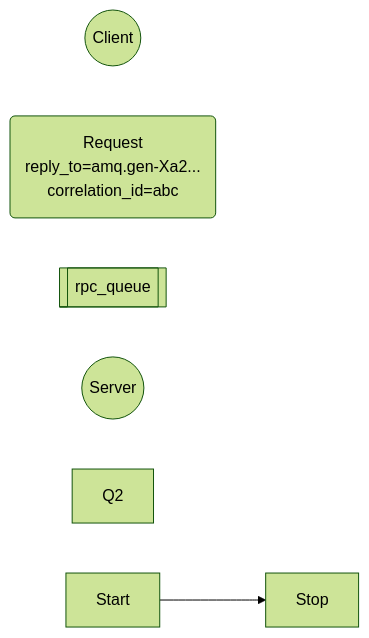
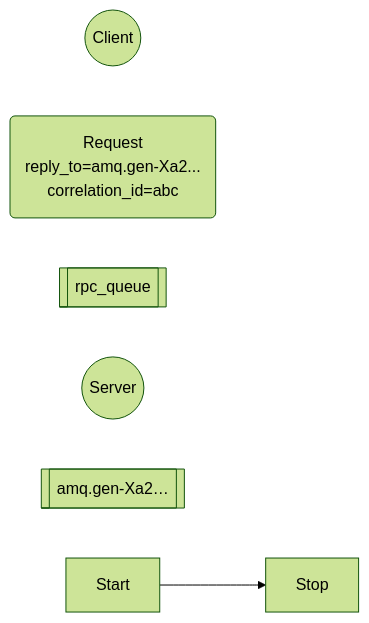
Before and after one commit to googlelxhgithub/iodraw-files: the diagram in all/未命名-7.md, drawn with Mermaid (forest theme).

Commit message:
2024-08-30 19:06:11 update

````diff
--- a/all/未命名-7.md
+++ b/all/未命名-7.md
@@ -1,10 +1,10 @@
 ```mermaid
 flowchart LR
     C((Client))
     R(Request\nreply_to=amq.gen-Xa2...\ncorrelation_id=abc)
     Q1[[rpc_queue]]
     S((Server))
-    Q2
+    Q2[[amq.gen-Xa2…]]
     Start --> Stop
   
 ```
````
